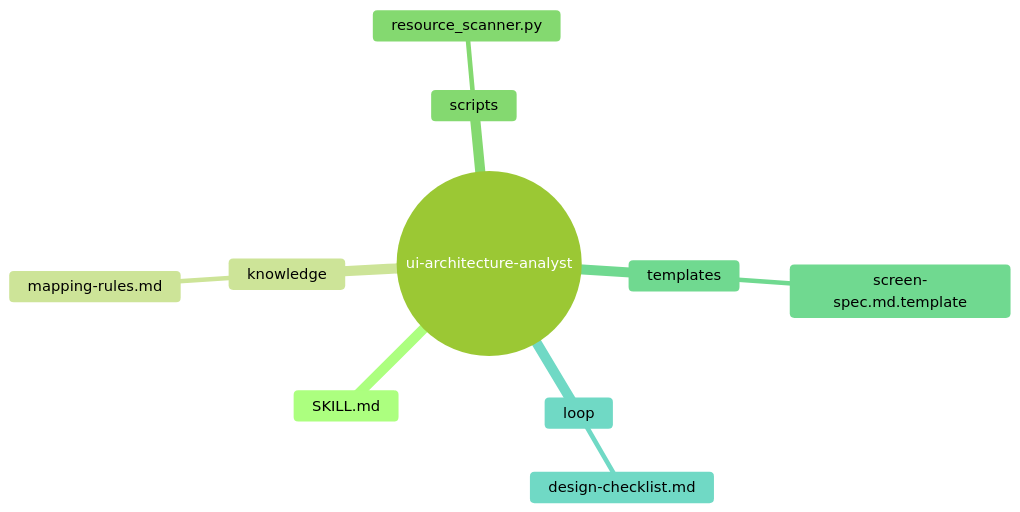
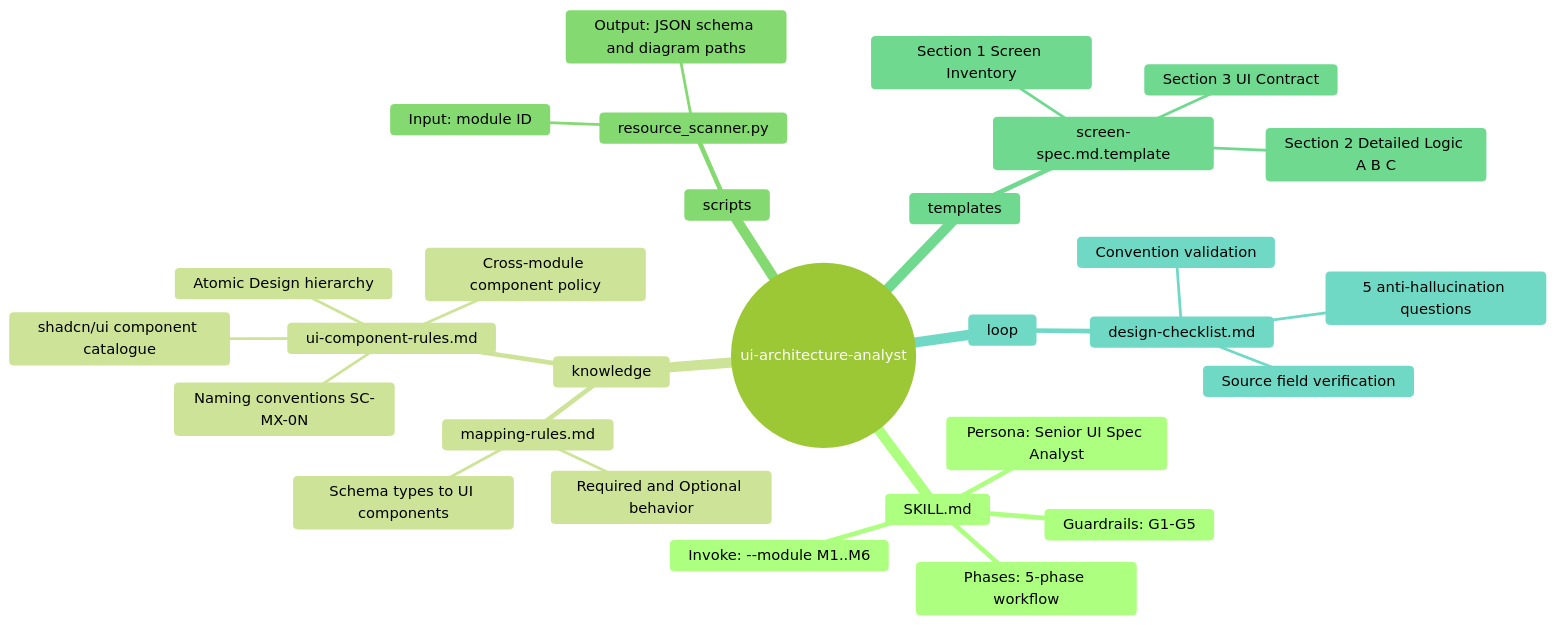
One commit to vuthuonghai-steve/KLTN-By_Thuong_Hai-Steve changed the first of 4 diagrams in .skill-context/ui-architecture-analyst/design.md. Above: the diagram before and after it, drawn with Mermaid (forest theme). The commit also changed other lines of this file and 28 other files, not shown here.

````diff
--- a/.skill-context/ui-architecture-analyst/design.md
+++ b/.skill-context/ui-architecture-analyst/design.md
@@ -57,13 +95,32 @@
 ```mermaid
 mindmap
   root((ui-architecture-analyst))
     SKILL.md
+      Persona: Senior UI Spec Analyst
+      Phases: 5-phase workflow
+      Guardrails: G1-G5
+      Invoke: --module M1..M6
     knowledge
       mapping-rules.md
+        Schema types to UI components
+        Required and Optional behavior
+      ui-component-rules.md
+        Naming conventions SC-MX-0N
+        shadcn/ui component catalogue
+        Atomic Design hierarchy
+        Cross-module component policy
     scripts
       resource_scanner.py
+        Input: module ID
+        Output: JSON schema and diagram paths
     templates
       screen-spec.md.template
+        Section 1 Screen Inventory
+        Section 2 Detailed Logic A B C
+        Section 3 UI Contract
     loop
       design-checklist.md
+        5 anti-hallucination questions
+        Source field verification
+        Convention validation
 ```
````
